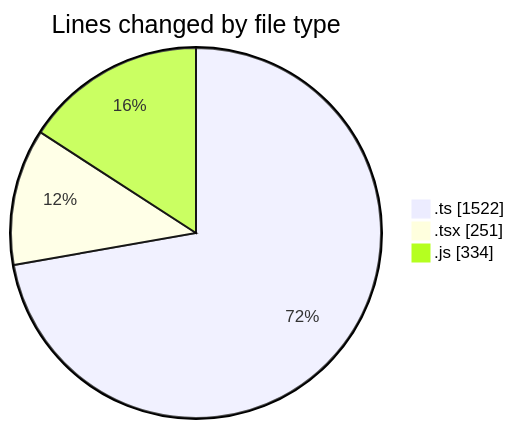
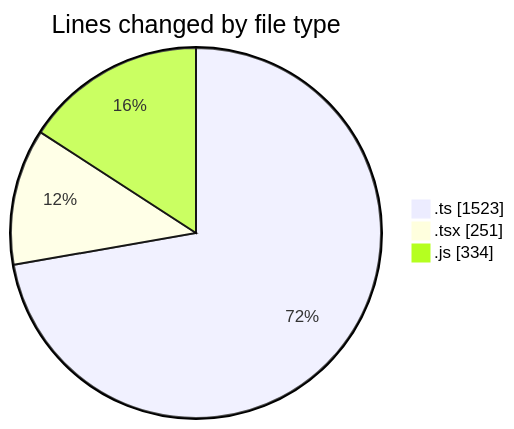
One commit to momahboobian/code-tracking changed the first of 2 diagrams in 2025-11-27/cda/README.md. Above: the diagram before and after it, drawn with Mermaid. The commit also changed other lines of this file and 1 other file, not shown here.

````diff
--- a/2025-11-27/cda/README.md
+++ b/2025-11-27/cda/README.md
@@ -23,7 +23,7 @@
 ```mermaid
 pie showData
 title Lines changed by file type
-".ts" : 1522
+".ts" : 1523
 ".tsx" : 251
 ".js" : 334
 ```
````
